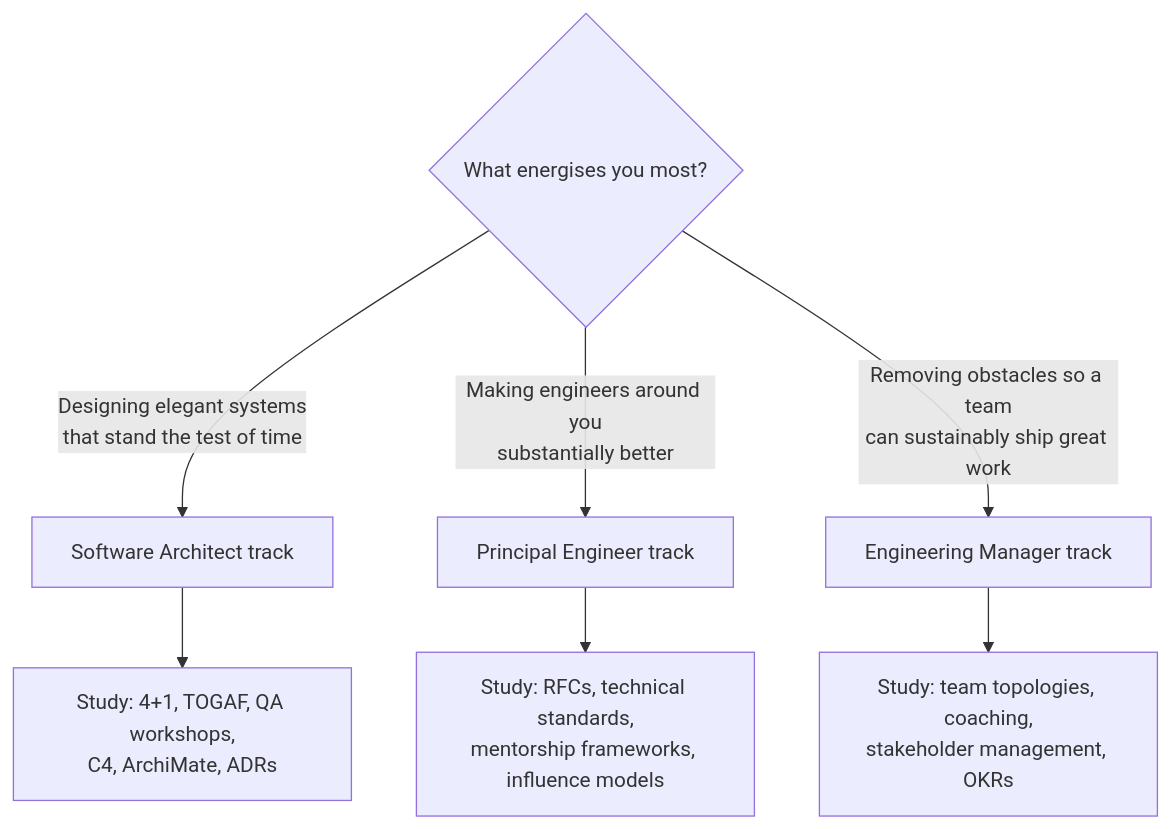
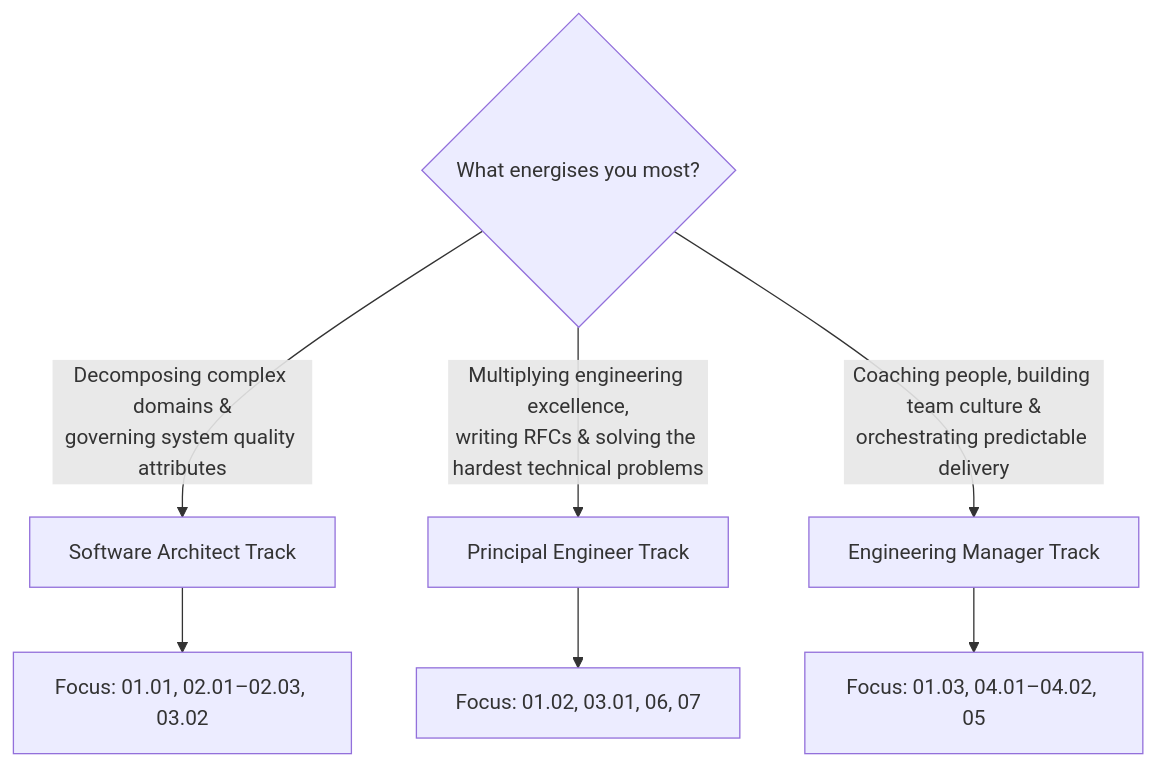
The second of 2 diagrams in docs/01-roles-responsibilities.md (nitinkc/PrincipalEngineer_InterviewGuide), drawn with Mermaid before and after one commit. The commit also changed other lines of this file and 27 other files, not shown here.

````diff
--- a/docs/01-roles-responsibilities.md
+++ b/docs/01-roles-responsibilities.md
@@ -156,11 +150,11 @@
 ```mermaid
 graph TD
-    A{What energises you most?}
-    A -->|Designing elegant systems\nthat stand the test of time| B[Software Architect track]
-    A -->|Making engineers around you\nsubstantially better| C[Principal Engineer track]
-    A -->|Removing obstacles so a team\ncan sustainably ship great work| D[Engineering Manager track]
+    A{"What energises you most?"}
+    A -->|"Decomposing complex domains &<br/>governing system quality attributes"| B["Software Architect Track"]
+    A -->|"Multiplying engineering excellence,<br/>writing RFCs & solving the hardest technical problems"| C["Principal Engineer Track"]
+    A -->|"Coaching people, building team culture &<br/>orchestrating predictable delivery"| D["Engineering Manager Track"]
 
-    B --> B1[Study: 4+1, TOGAF, QA workshops,\nC4, ArchiMate, ADRs]
-    C --> C1[Study: RFCs, technical standards,\nmentorship frameworks, influence models]
-    D --> D1[Study: team topologies, coaching,\nstakeholder management, OKRs]
+    B --> B1["Focus: 01.01, 02.01–02.03, 03.02"]
+    C --> C1["Focus: 01.02, 03.01, 06, 07"]
+    D --> D1["Focus: 01.03, 04.01–04.02, 05"]
 ```
````
